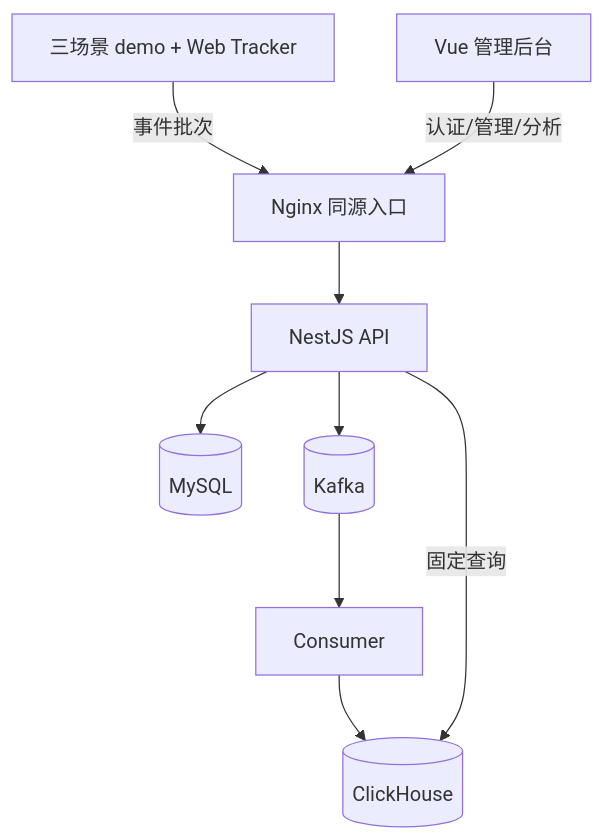
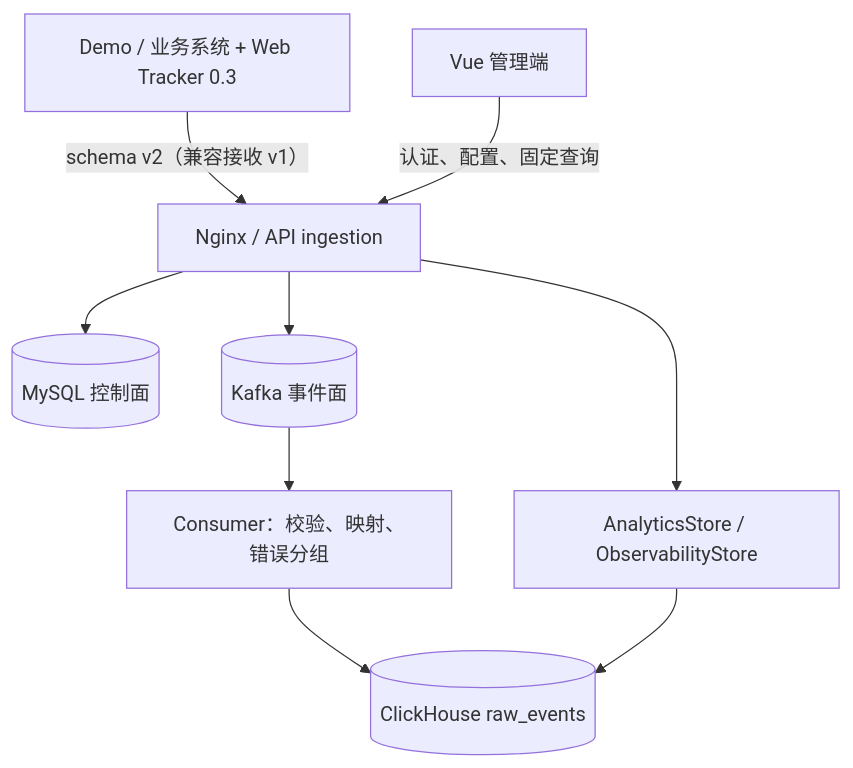
One commit to captainamari/frontend-insight changed the diagram in docs/learning/README.md. Above: the diagram before and after it, drawn with Mermaid. The commit also changed other lines of this file and 18 other files, not shown here.

````diff
--- a/docs/learning/README.md
+++ b/docs/learning/README.md
@@ -37,11 +43,11 @@
 ```mermaid
 flowchart TD
-    D["三场景 demo + Web Tracker"] -->|"事件批次"| N["Nginx 同源入口"]
-    W["Vue 管理后台"] -->|"认证/管理/分析"| N
-    N --> A["NestJS API"]
-    A --> M[(MySQL)]
-    A --> K[(Kafka)]
-    K --> C["Consumer"]
-    C --> H[(ClickHouse)]
-    A -->|"固定查询"| H
+    SDK["Demo / 业务系统 + Web Tracker 0.3"] -->|"schema v2（兼容接收 v1）"| N["Nginx / API ingestion"]
+    UI["Vue 管理端"] -->|"认证、配置、固定查询"| N
+    N --> M[(MySQL 控制面)]
+    N --> K[(Kafka 事件面)]
+    K --> C["Consumer：校验、映射、错误分组"]
+    C --> H[(ClickHouse raw_events)]
+    N --> A["AnalyticsStore / ObservabilityStore"]
+    A --> H
 ```
````
